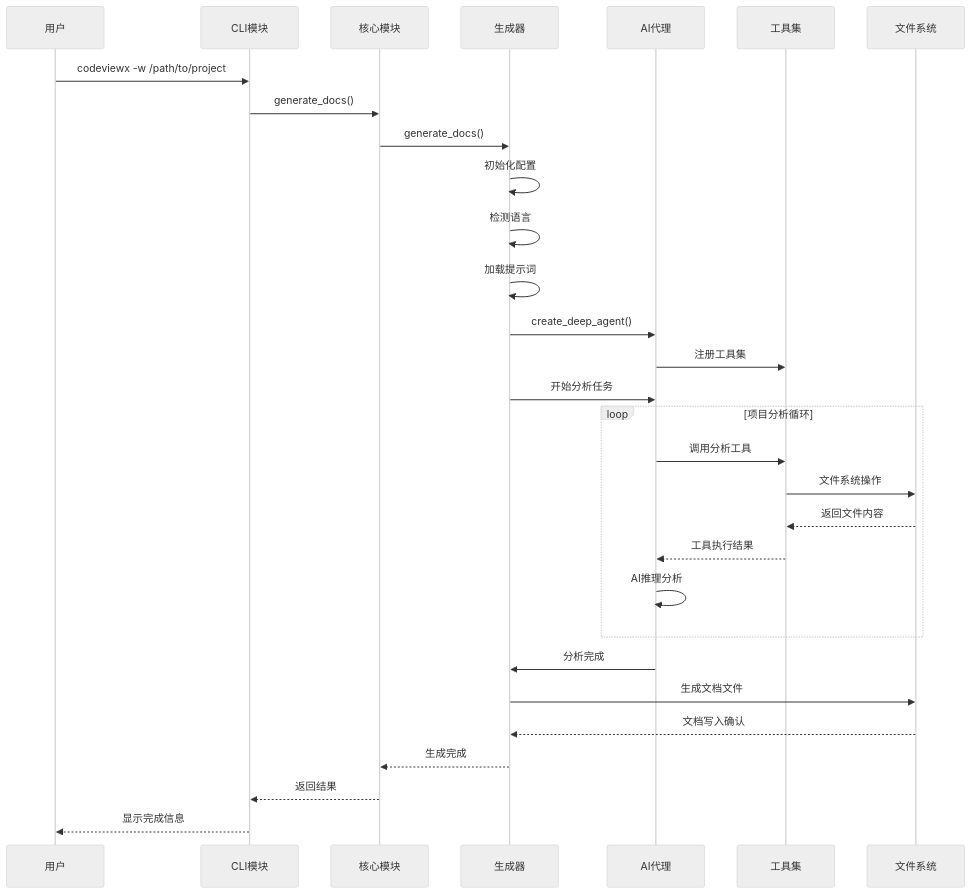
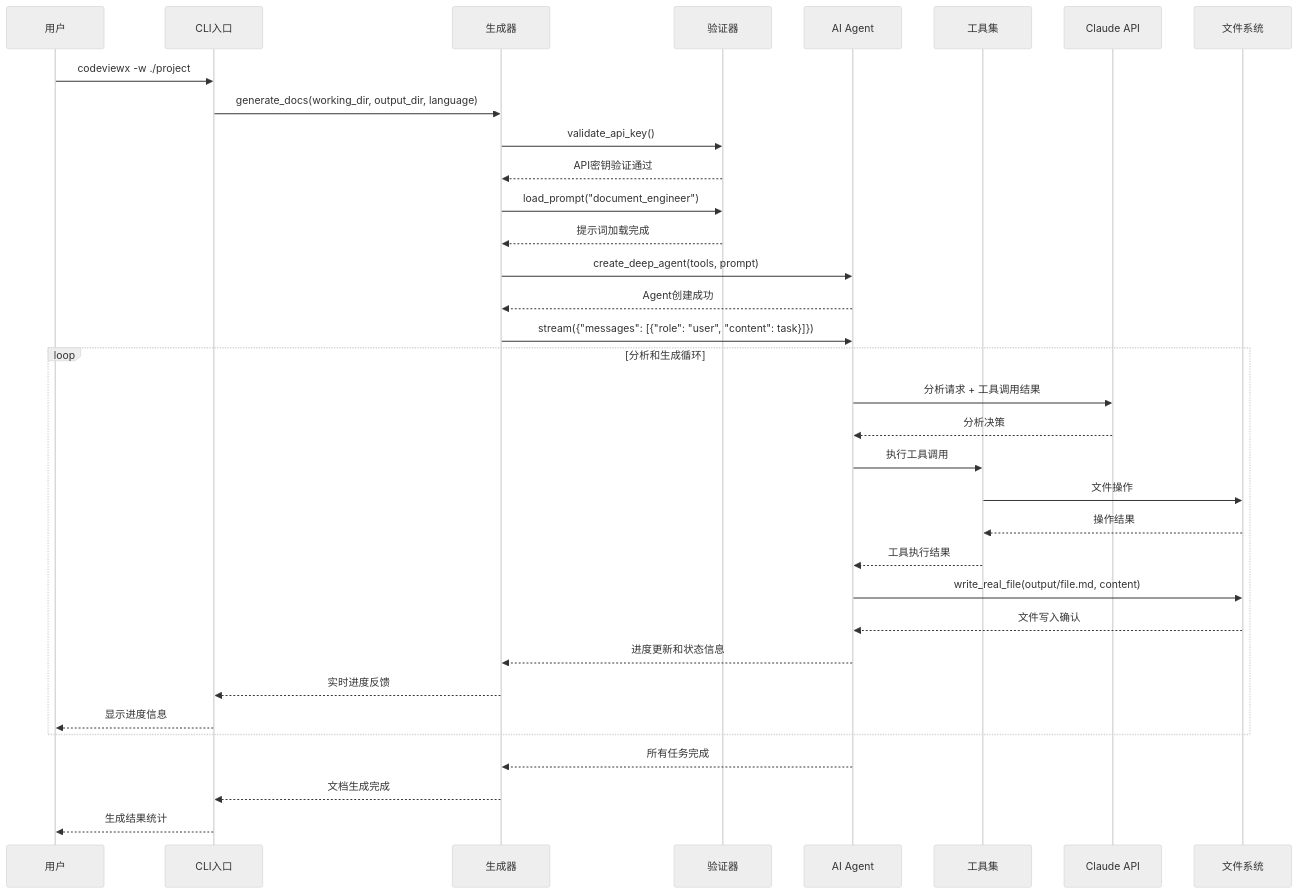
The first of 2 diagrams in docs/zh/04-core-mechanisms.md (dean2021/codeviewx), drawn with Mermaid (neutral theme) before and after one commit. The commit also changed other lines of this file and 6 other files, not shown here.

````diff
--- a/docs/zh/04-core-mechanisms.md
+++ b/docs/zh/04-core-mechanisms.md
@@ -16,36 +14,46 @@
 ```mermaid
 sequenceDiagram
     participant User as 用户
-    participant CLI as CLI模块
-    participant Core as 核心模块
+    participant CLI as CLI入口
     participant Generator as 生成器
-    participant Agent as AI代理
+    participant Validator as 验证器
+    participant Agent as AI Agent
     participant Tools as 工具集
+    participant API as Claude API
     participant FS as 文件系统
     
-    User->>CLI: codeviewx -w /path/to/project
-    CLI->>Core: generate_docs()
-    Core->>Generator: generate_docs()
+    User->>CLI: codeviewx -w ./project
+    CLI->>Generator: generate_docs(working_dir, output_dir, language)
     
-    Generator->>Generator: 初始化配置
-    Generator->>Generator: 检测语言
-    Generator->>Generator: 加载提示词
-    Generator->>Agent: create_deep_agent()
-    Agent->>Tools: 注册工具集
+    Generator->>Validator: validate_api_key()
+    Validator-->>Generator: API密钥验证通过
     
-    Generator->>Agent: 开始分析任务
-    loop 项目分析循环
-        Agent->>Tools: 调用分析工具
-        Tools->>FS: 文件系统操作
-        FS-->>Tools: 返回文件内容
+    Generator->>Validator: load_prompt("document_engineer")
+    Validator-->>Generator: 提示词加载完成
+    
+    Generator->>Agent: create_deep_agent(tools, prompt)
+    Agent-->>Generator: Agent创建成功
+    
+    Generator->>Agent: stream({"messages": [{"role": "user", "content": task}]})
+    
+    loop 分析和生成循环
+        Agent->>API: 分析请求 + 工具调用结果
+        API-->>Agent: 分析决策
+        
+        Agent->>Tools: 执行工具调用
+        Tools->>FS: 文件操作
+        FS-->>Tools: 操作结果
         Tools-->>Agent: 工具执行结果
-        Agent->>Agent: AI推理分析
+        
+        Agent->>FS: write_real_file(output/file.md, content)
+        FS-->>Agent: 文件写入确认
+        Agent-->>Generator: 进度更新和状态信息
+        
+        Generator-->>CLI: 实时进度反馈
+        CLI-->>User: 显示进度信息
     end
     
-    Agent->>Generator: 分析完成
-    Generator->>FS: 生成文档文件
-    FS-->>Generator: 文档写入确认
-    Generator-->>Core: 生成完成
-    Core-->>CLI: 返回结果
-    CLI-->>User: 显示完成信息
+    Agent-->>Generator: 所有任务完成
+    Generator-->>CLI: 文档生成完成
+    CLI-->>User: 生成结果统计
 ```
````
